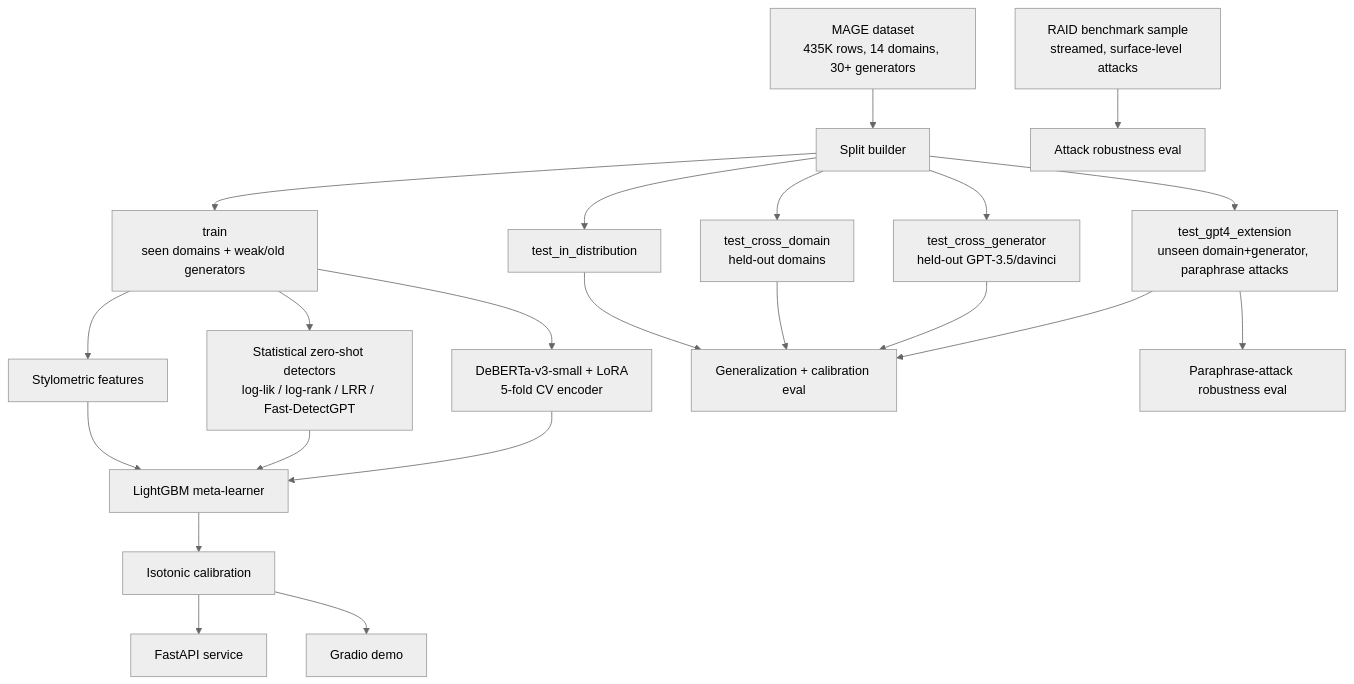
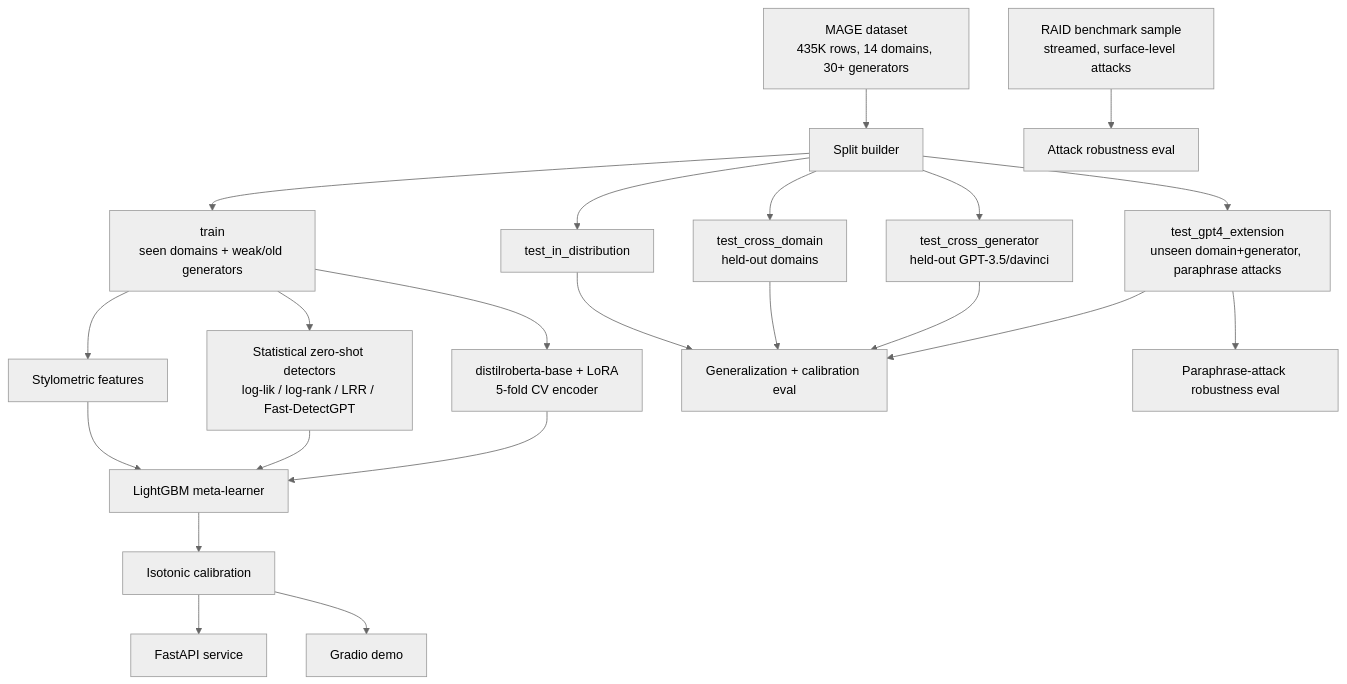
Before and after one commit to Sonith-Bingi/ai-text-forensics: the diagram in README.md, drawn with Mermaid (neutral theme). The commit also changed other lines of this file and 7 other files, not shown here.

````diff
--- a/README.md
+++ b/README.md
@@ -28,27 +28,27 @@
 ```mermaid
 flowchart TD
     A[MAGE dataset<br/>435K rows, 14 domains, 30+ generators] --> B[Split builder]
     B --> C[train<br/>seen domains + weak/old generators]
     B --> D[test_in_distribution]
     B --> E[test_cross_domain<br/>held-out domains]
     B --> F[test_cross_generator<br/>held-out GPT-3.5/davinci]
     B --> G[test_gpt4_extension<br/>unseen domain+generator, paraphrase attacks]
 
     C --> H[Stylometric features]
     C --> I[Statistical zero-shot detectors<br/>log-lik / log-rank / LRR / Fast-DetectGPT]
-    C --> J[DeBERTa-v3-small + LoRA<br/>5-fold CV encoder]
+    C --> J[distilroberta-base + LoRA<br/>5-fold CV encoder]
 
     H --> K[LightGBM meta-learner]
     I --> K
     J --> K
     K --> L[Isotonic calibration]
     L --> M[FastAPI service]
     L --> N[Gradio demo]
 
     D --> O[Generalization + calibration eval]
     E --> O
     F --> O
     G --> O
     G --> P[Paraphrase-attack robustness eval]
     Q[RAID benchmark sample<br/>streamed, surface-level attacks] --> R[Attack robustness eval]
 ```
````
